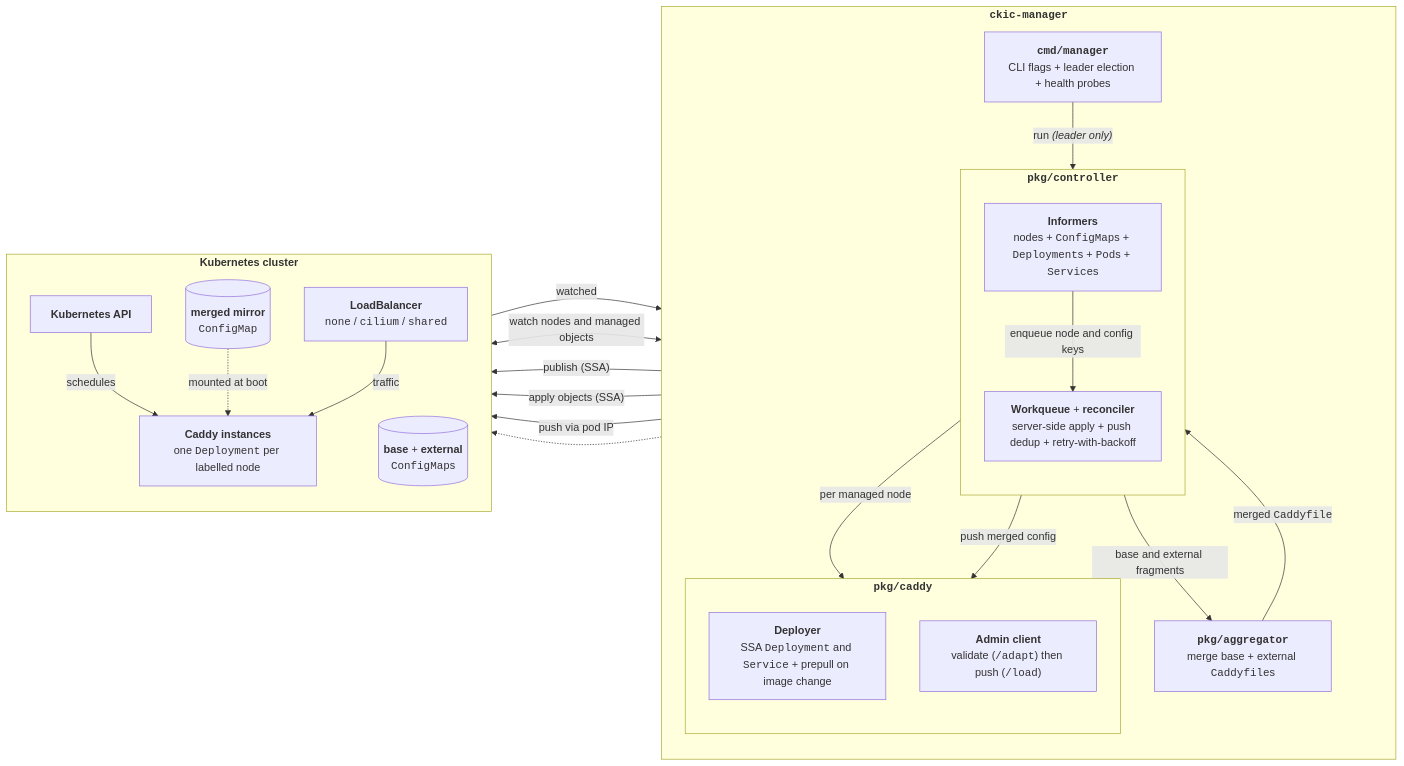
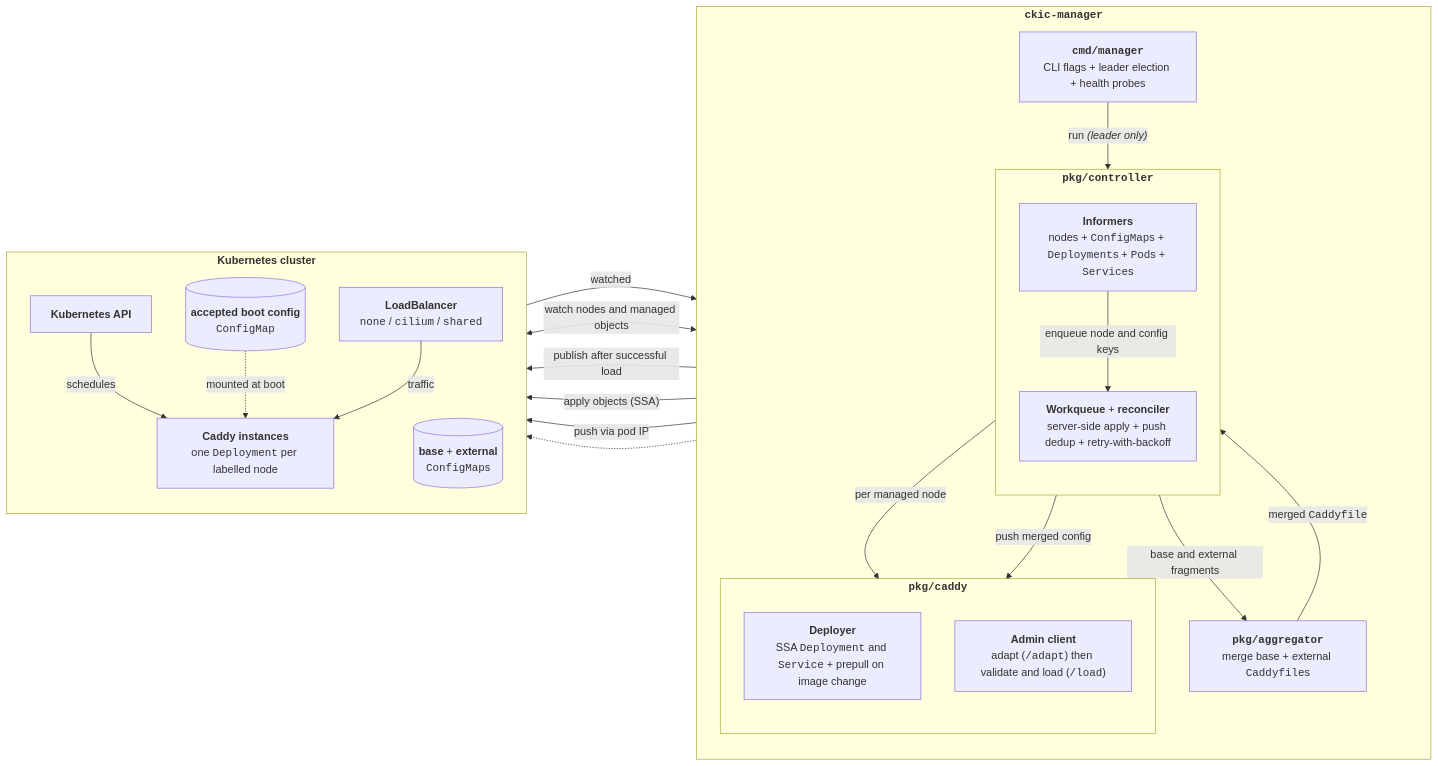
The diagram in README.md (vapronva/ckic), drawn with Mermaid before and after one commit. The commit also changed 14 other files, not shown here.

Commit message:
fix: persist accepted boot snapshots + readiness-independent pushes + validate configmap size + uid-guard prepull cleanup + drop publish toggle

````diff
--- a/README.md
+++ b/README.md
@@ -7,41 +7,41 @@
 ```mermaid
 flowchart LR
     subgraph Manager["<b><code>ckic-manager</code></b>"]
         direction TB
         Entry["<b><code>cmd/manager</code></b><br/>CLI flags + leader election + health probes"]
         subgraph Ctrl["<b><code>pkg/controller</code></b>"]
             direction TB
             Informers["<b>Informers</b><br/>nodes + <code>ConfigMap</code>s + <code>Deployment</code>s + <code>Pod</code>s + <code>Service</code>s"]
             Reconciler["<b>Workqueue</b> + <b>reconciler</b><br/>server-side apply + push dedup + retry-with-backoff"]
         end
         Aggregator["<b><code>pkg/aggregator</code></b><br/>merge base + external <code>Caddyfile</code>s"]
         subgraph CaddyPkg["<b><code>pkg/caddy</code></b>"]
             direction TB
             Deployer["<b>Deployer</b><br/>SSA <code>Deployment</code> and <code>Service</code> + prepull on image change"]
-            Admin["<b>Admin client</b><br/>validate (<code>/adapt</code>) then push (<code>/load</code>)"]
+            Admin["<b>Admin client</b><br/>adapt (<code>/adapt</code>) then validate and load (<code>/load</code>)"]
         end
         Entry -->|"run <i>(leader only)</i>"| Reconciler
         Informers -->|"enqueue node and config keys"| Reconciler
         Informers -->|"base and external fragments"| Aggregator
         Aggregator -->|"merged <code>Caddyfile</code>"| Reconciler
         Reconciler -->|"per managed node"| Deployer
         Reconciler -->|"push merged config"| Admin
     end
     subgraph Cluster["<b>Kubernetes cluster</b>"]
         direction TB
         K8s["<b>Kubernetes API</b>"]
         ConfigMaps[("<b>base</b> + <b>external</b><br/><code>ConfigMap</code>s")]
-        MirrorCM[("<b>merged mirror</b><br/><code>ConfigMap</code>")]
+        MirrorCM[("<b>accepted boot config</b><br/><code>ConfigMap</code>")]
         Instances["<b>Caddy instances</b><br/>one <code>Deployment</code> per labelled node"]
         LB["<b>LoadBalancer</b><br/><code>none</code> / <code>cilium</code> / <code>shared</code>"]
     end
     Informers <-->|"watch nodes and managed objects"| K8s
     ConfigMaps -->|"watched"| Informers
-    Aggregator -->|"publish (SSA)"| MirrorCM
+    Aggregator -->|"publish after successful load"| MirrorCM
     Deployer -->|"apply objects (SSA)"| K8s
     K8s -->|"schedules"| Instances
     MirrorCM -.->|"mounted at boot"| Instances
     Admin -->|"push via pod IP"| Instances
     Deployer -.-> LB
     LB -->|"traffic"| Instances
 ```
````
